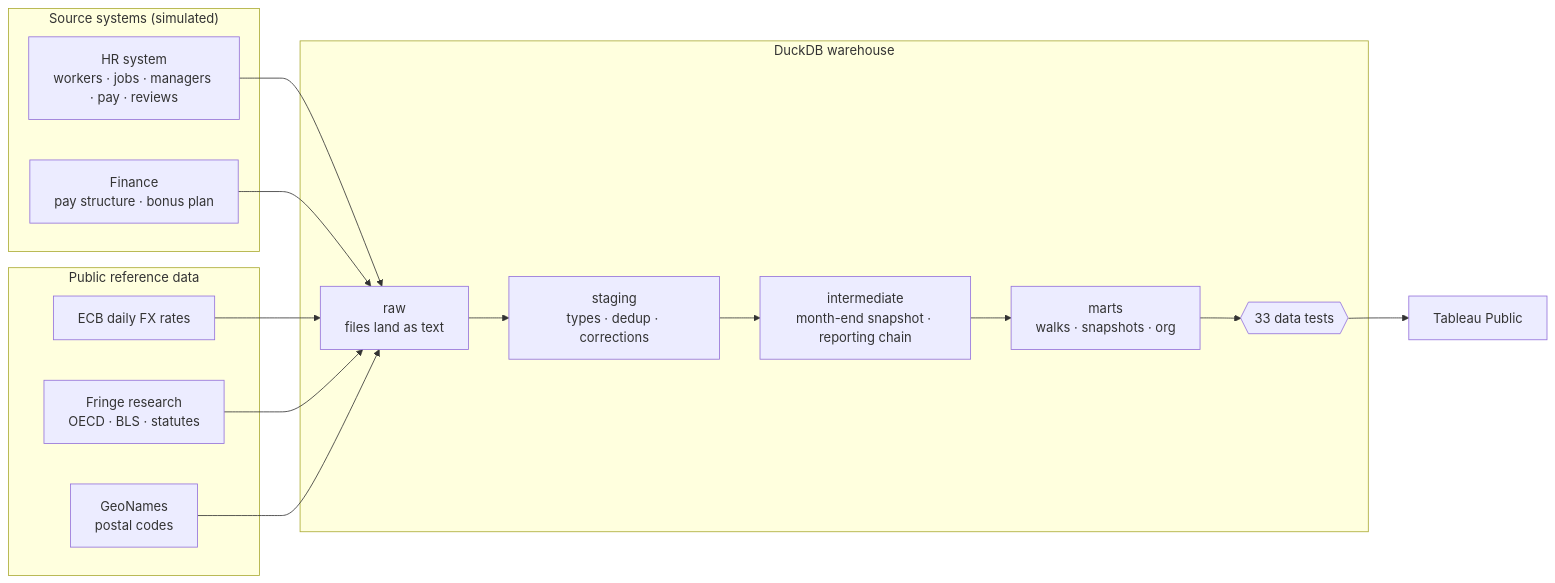
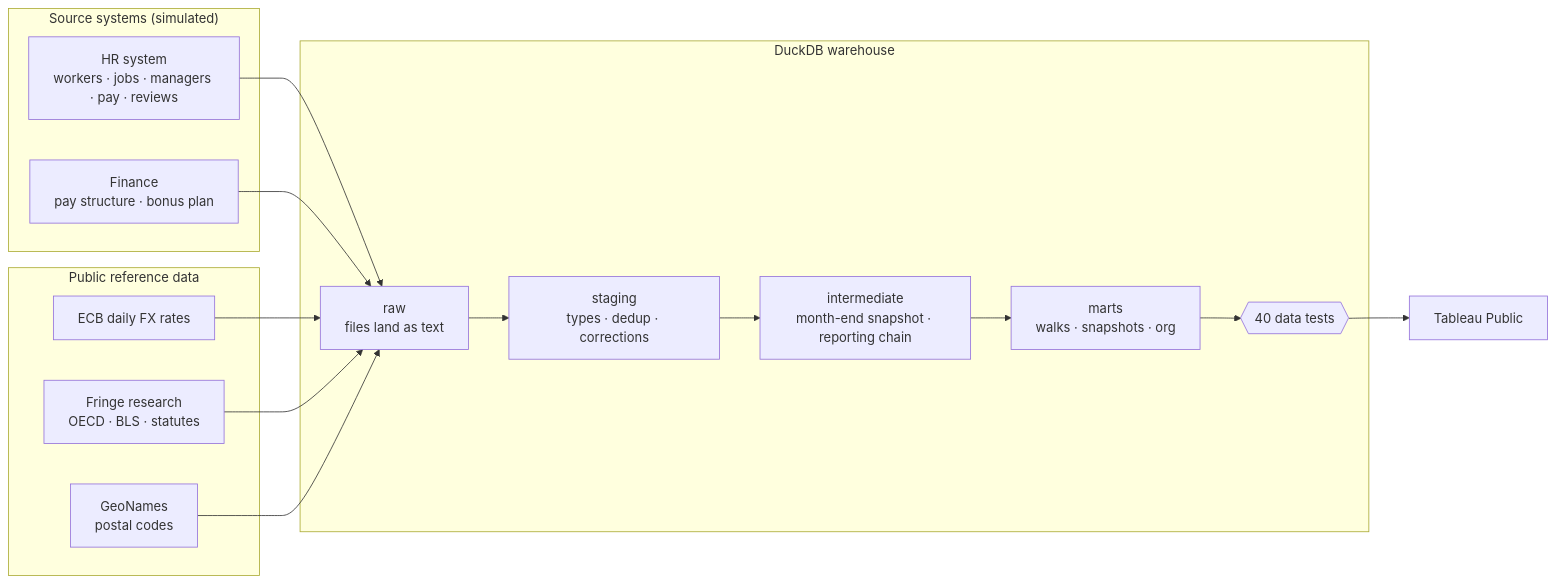
Before and after one commit to thialp/people-analytics-warehouse: the first of 2 diagrams in README.md, drawn with Mermaid. The commit also changed other lines of this file and 10 other files, not shown here.

````diff
--- a/README.md
+++ b/README.md
@@ -46,26 +46,26 @@
 ```mermaid
 flowchart LR
     subgraph Sources["Source systems (simulated)"]
         HR["HR system<br/>workers · jobs · managers · pay · reviews"]
         FIN["Finance<br/>pay structure · bonus plan"]
     end
     subgraph Public["Public reference data"]
         ECB["ECB daily FX rates"]
         FRG["Fringe research<br/>OECD · BLS · statutes"]
         GEO["GeoNames<br/>postal codes"]
     end
     subgraph WH["DuckDB warehouse"]
         RAW["raw<br/>files land as text"]
         STG["staging<br/>types · dedup · corrections"]
         INT["intermediate<br/>month-end snapshot · reporting chain"]
         MART["marts<br/>walks · snapshots · org"]
-        TEST{{"33 data tests"}}
+        TEST{{"40 data tests"}}
     end
     TAB["Tableau Public"]
     HR --> RAW
     FIN --> RAW
     ECB --> RAW
     FRG --> RAW
     GEO --> RAW
     RAW --> STG --> INT --> MART --> TEST --> TAB
 ```
````
